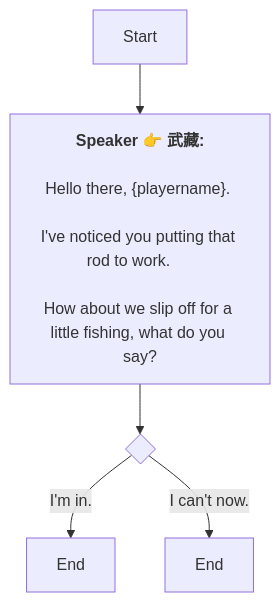
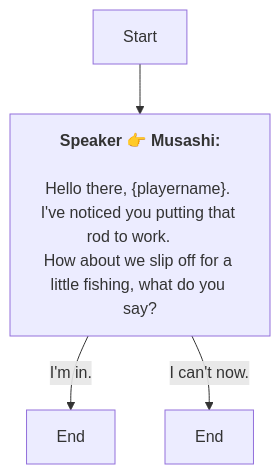
The diagram in Zh/QuestTalkObjectiveNode_1772878508897515.md (SoftHu/tos_avg), drawn with Mermaid before and after one commit. The commit also changed 737 other files, not shown here.

````diff
--- a/Zh/QuestTalkObjectiveNode_1772878508897515.md
+++ b/Zh/QuestTalkObjectiveNode_1772878508897515.md
@@ -1,15 +1,11 @@
 ```mermaid
 graph
-Start -->1772878556180718[<b>Speaker 👉 武藏:</b>
-
-Hello there, &lbrace;playername&rbrace;. 
-
+Start -->1772878556180718[<b>Speaker 👉 Musashi:</b>
+\nHello there, &lbrace;playername&rbrace;. 
 I've noticed you putting that rod to work. 	
-
 How about we slip off for a little fishing, what do you say? 
 ]
-1772878556180718 -->1772878593112303{ }
-1772878593112303 -->|I'm in. |1772878626101493[End]
-1772878593112303 -->|I can't now. |1772878628231414[End]
+1772878556180718 -->|I'm in. |1772878626101493[End]
+1772878556180718 -->|I can't now. |1772878628231414[End]
 
- ```
+```
````
